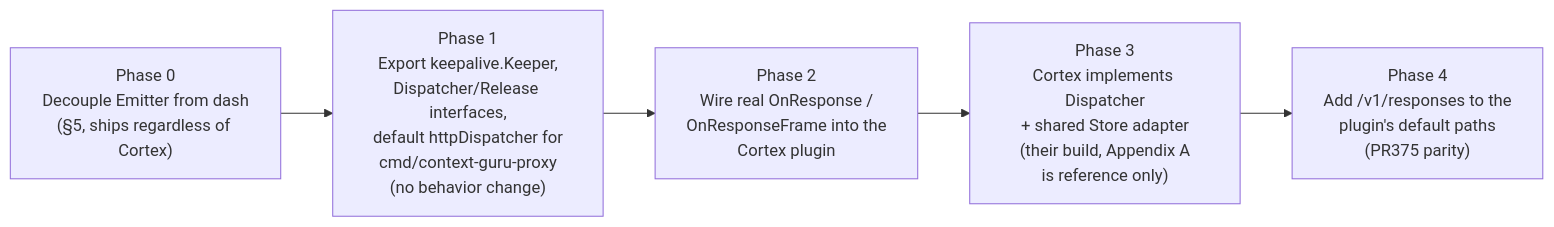
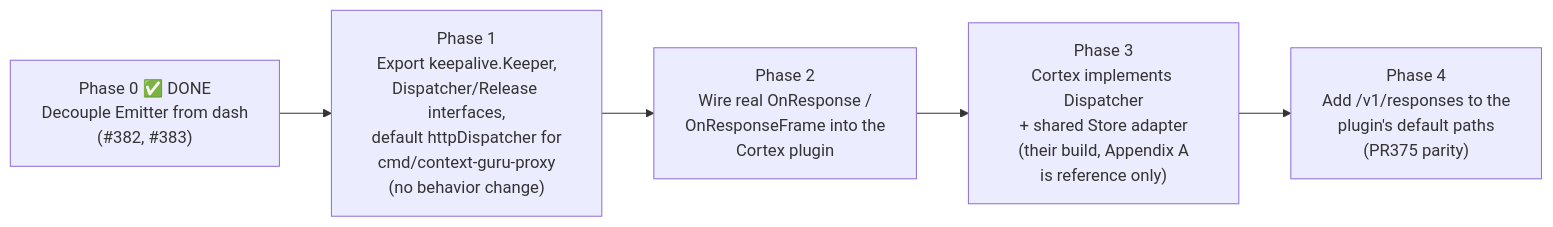
One commit to rossoctl/context-guru changed the fifth of 5 diagrams in docs/proposals/cortex-integration.md. Above: the diagram before and after it, drawn with Mermaid. The commit also changed other lines of this file, not shown here.

First line of the commit message:
docs: mark Phase 0 (emitter decoupling) done, drop §5 from the plan

````diff
--- a/docs/proposals/cortex-integration.md
+++ b/docs/proposals/cortex-integration.md
@@ -268,8 +216,8 @@
 ```mermaid
 graph LR
-    P0["Phase 0<br/>Decouple Emitter from dash<br/>(§5, ships regardless of Cortex)"] --> P1
+    P0["Phase 0 ✅ DONE<br/>Decouple Emitter from dash<br/>(#382, #383)"] --> P1
     P1["Phase 1<br/>Export keepalive.Keeper,<br/>Dispatcher/Release interfaces,<br/>default httpDispatcher for<br/>cmd/context-guru-proxy<br/>(no behavior change)"] --> P2
     P2["Phase 2<br/>Wire real OnResponse /<br/>OnResponseFrame into the<br/>Cortex plugin"] --> P3
     P3["Phase 3<br/>Cortex implements Dispatcher<br/>+ shared Store adapter<br/>(their build, Appendix A<br/>is reference only)"] --> P4
     P4["Phase 4<br/>Add /v1/responses to the<br/>plugin's default paths<br/>(PR375 parity)"]
 ```
````
